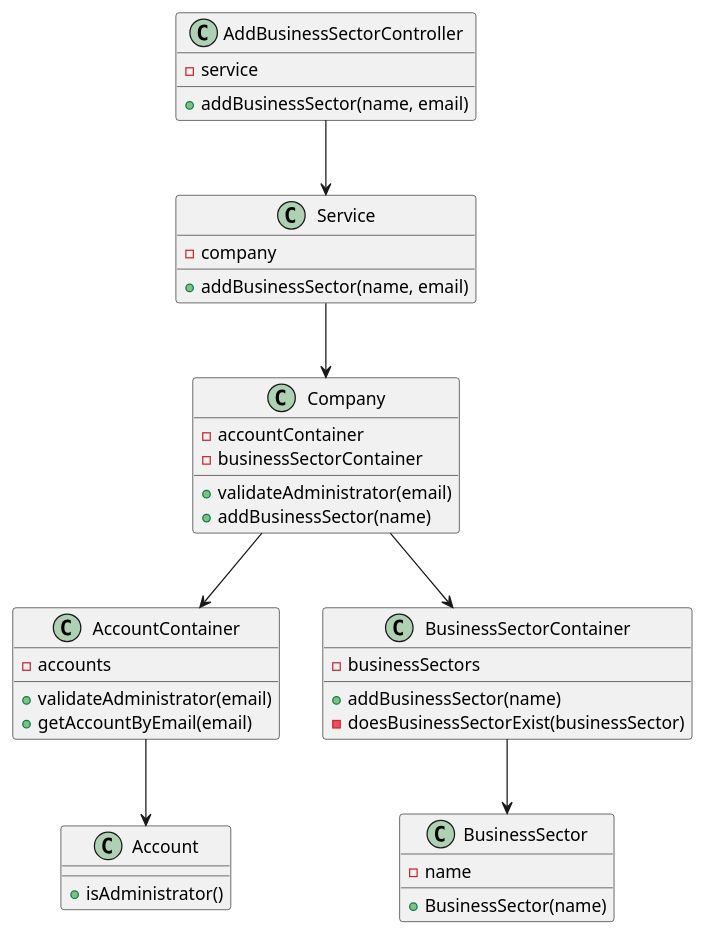
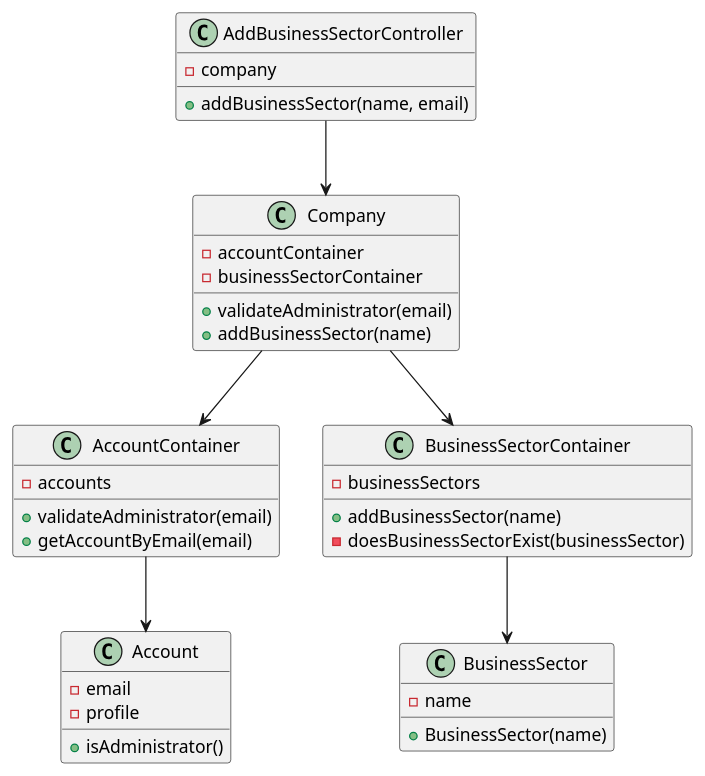
Before and after one commit to Loracline/project_switch_22-23: the diagram in docs/modelling_design/user_stories/us008/US008_classDiagram.puml, drawn with PlantUML. The commit also changed 3 other files, not shown here.

Commit message:
US 008: refactor of class diagram and sequence diagram and creation of system sequence diagram.

```diff
--- a/docs/modelling_design/user_stories/us008/US008_classDiagram.puml
+++ b/docs/modelling_design/user_stories/us008/US008_classDiagram.puml
@@ -1,49 +1,46 @@
 @startuml
 'https://plantuml.com/class-diagram
 
 class AddBusinessSectorController {
--service
+-company
 +addBusinessSector(name, email)
 }
 
-class Service {
--company
-+addBusinessSector(name, email)
-}
 
 class Company {
 -accountContainer
 -businessSectorContainer
 +validateAdministrator(email)
 +addBusinessSector(name)
 }
 
 class AccountContainer {
 -accounts
 +validateAdministrator(email)
 +getAccountByEmail(email)
 }
 
 class Account {
+-email
+-profile
 +isAdministrator()
 }
 
 class BusinessSectorContainer {
 -businessSectors
 +addBusinessSector(name)
 -doesBusinessSectorExist(businessSector)
 }
 
 class BusinessSector {
 -name
 +BusinessSector(name)
 }
 
-AddBusinessSectorController --> Service
-Service --> Company
+AddBusinessSectorController --> Company
 Company --> AccountContainer
 AccountContainer --> Account
 Company --> BusinessSectorContainer
 BusinessSectorContainer --> BusinessSector
 
 @enduml
```
